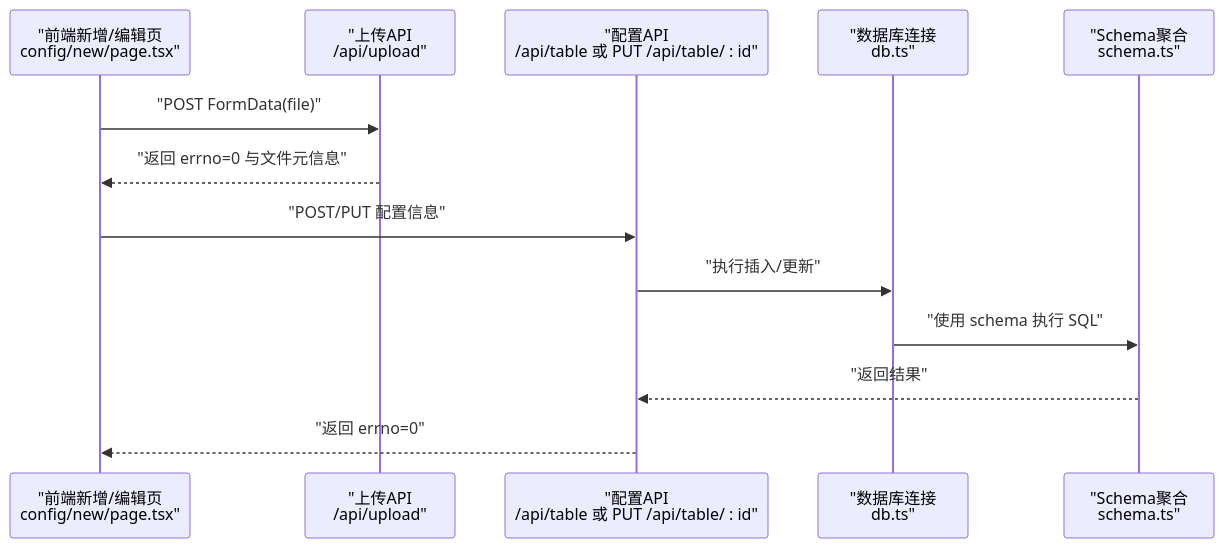
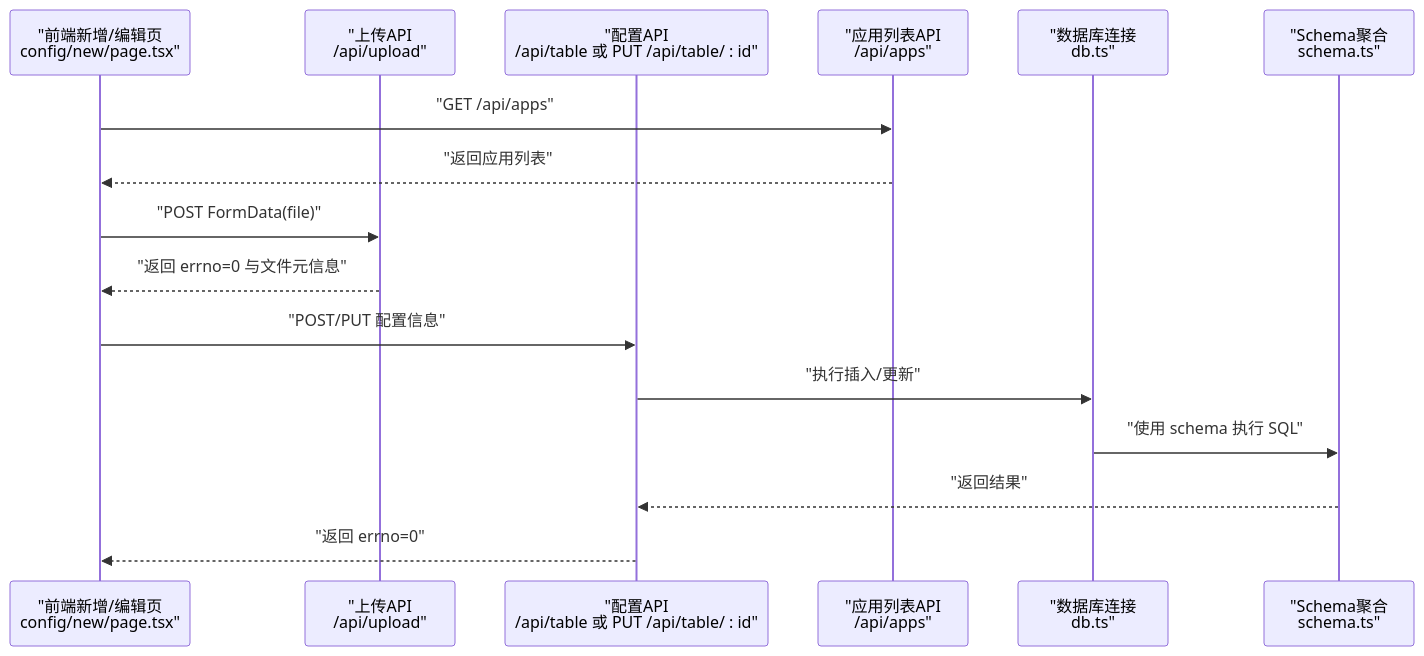
The sixth of 7 diagrams in .qoder/repowiki/zh/content/数据库集成/数据模型设计/应用信息模型.md (HAOFUYANG/nextjs-admin), drawn with Mermaid before and after one commit. The commit also changed other lines of this file and 15 other files, not shown here.

````diff
--- a/.qoder/repowiki/zh/content/数据库集成/数据模型设计/应用信息模型.md
+++ b/.qoder/repowiki/zh/content/数据库集成/数据模型设计/应用信息模型.md
@@ -229,15 +281,18 @@
 ```mermaid
 sequenceDiagram
 participant FE_New as "前端新增/编辑页<br/>config/new/page.tsx"
 participant API_Upload as "上传API<br/>/api/upload"
 participant API_Table as "配置API<br/>/api/table 或 PUT /api/table/ : id"
+participant API_Apps as "应用列表API<br/>/api/apps"
 participant DB as "数据库连接<br/>db.ts"
 participant Schema as "Schema聚合<br/>schema.ts"
+FE_New->>API_Apps : "GET /api/apps"
+API_Apps-->>FE_New : "返回应用列表"
 FE_New->>API_Upload : "POST FormData(file)"
 API_Upload-->>FE_New : "返回 errno=0 与文件元信息"
 FE_New->>API_Table : "POST/PUT 配置信息"
 API_Table->>DB : "执行插入/更新"
 DB->>Schema : "使用 schema 执行 SQL"
 Schema-->>API_Table : "返回结果"
 API_Table-->>FE_New : "返回 errno=0"
 ```
````
